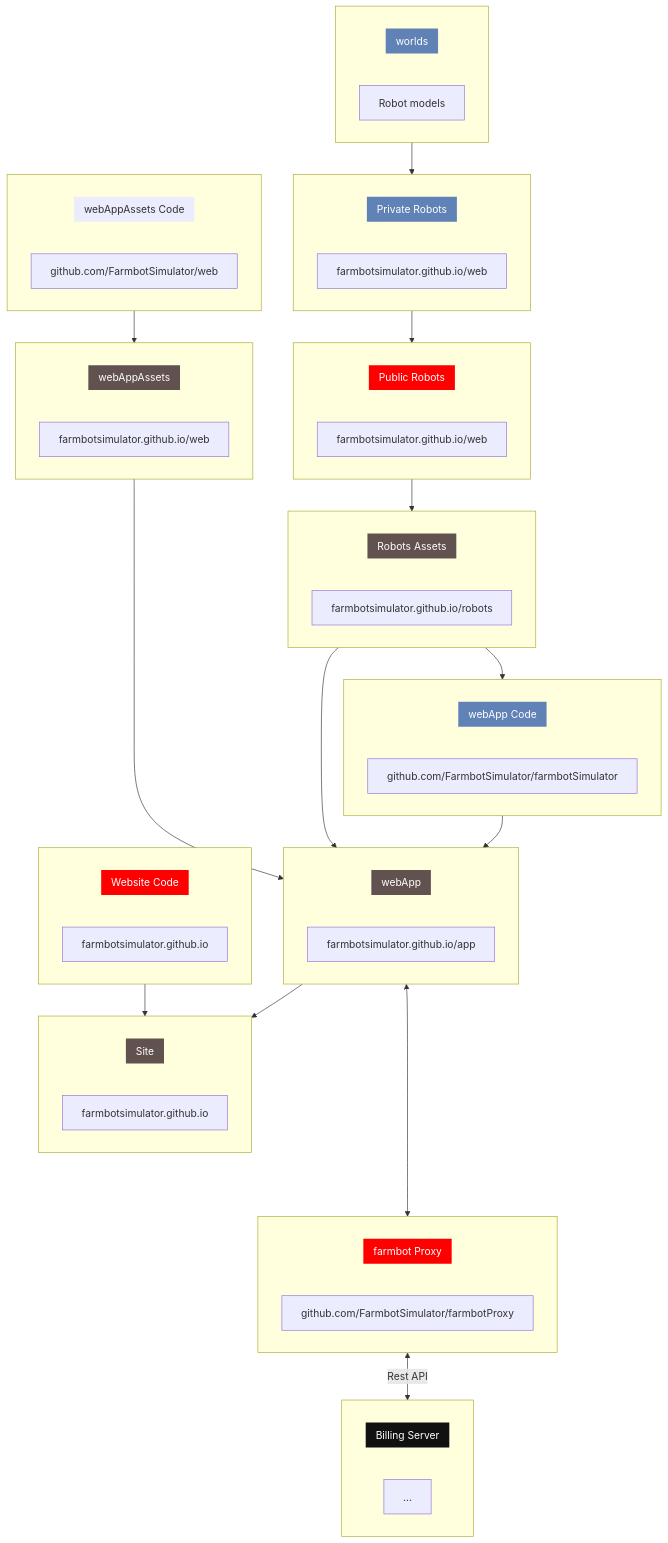
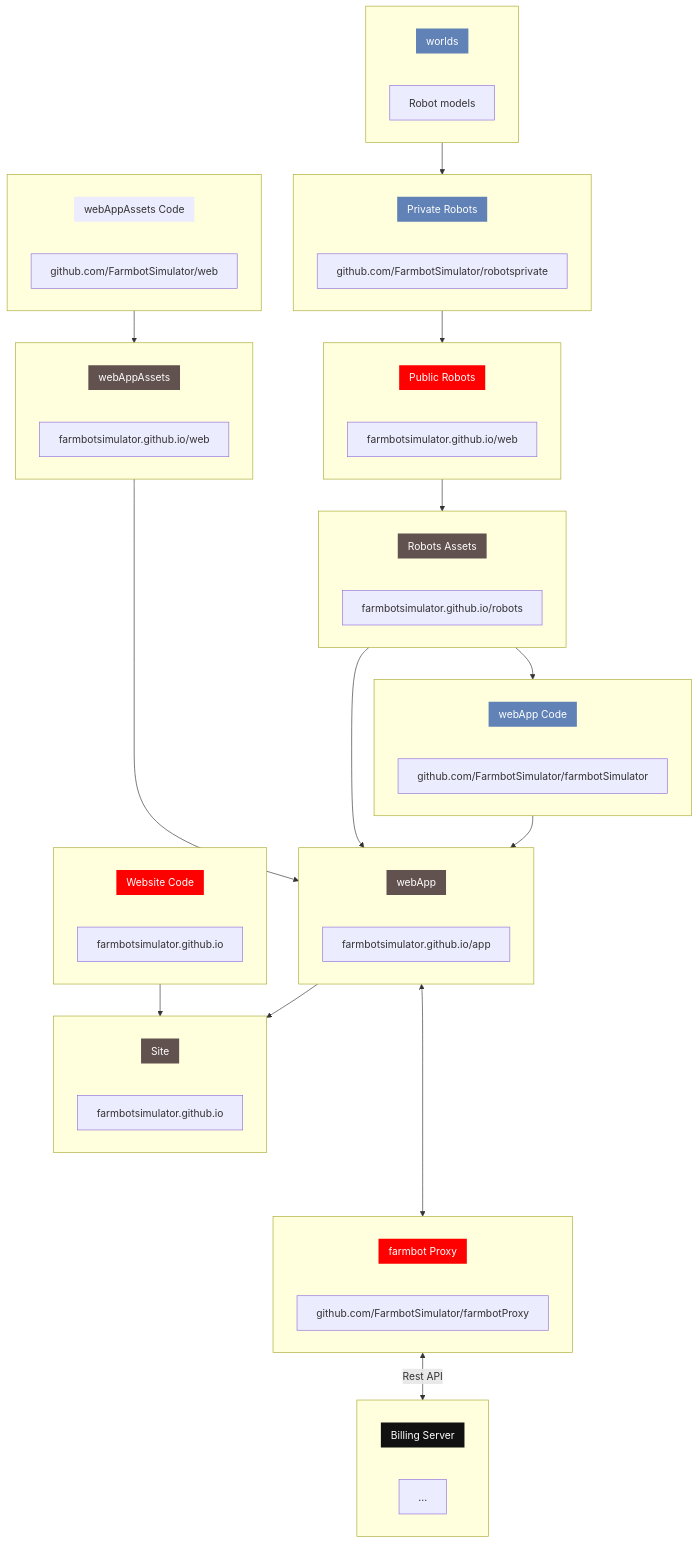
The first of 2 diagrams in profile/README.md (FarmbotSimulator/.github), drawn with Mermaid before and after one commit.

```diff
--- a/profile/README.md
+++ b/profile/README.md
@@ -33,7 +33,7 @@
 
 subgraph robotsPrivate[ ]
     rPr_A[[Private Robots<br/> ]]
-    rPr_B[farmbotsimulator.github.io/web]
+    rPr_B[github.com/FarmbotSimulator/robotsprivate]
 end
 class rPr_A borderless
 click rPr_B "https://github.com/FarmbotSimulator/robotsprivate" _blank
```
